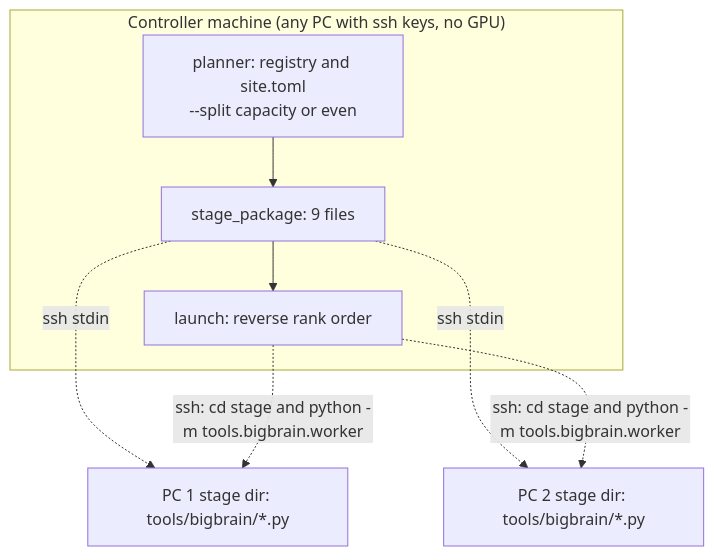
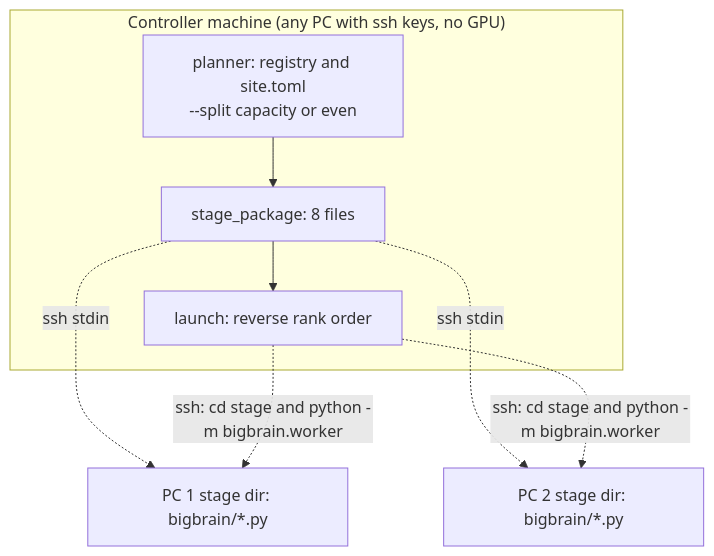
Before and after one commit to dadbodnerd/bigbrain: the second of 2 diagrams in ARCHITECTURE.md, drawn with Mermaid. The commit also changed other lines of this file and 58 other files, not shown here.

First line of the commit message:
bigbrain v0.2.0: pip-installable package (src/bigbrain, console scripts, extras)

````diff
--- a/ARCHITECTURE.md
+++ b/ARCHITECTURE.md
@@ -41,13 +41,13 @@
 ```mermaid
 flowchart TB
     subgraph CTL ["Controller machine (any PC with ssh keys, no GPU)"]
         P["planner: registry and site.toml<br/>--split capacity or even"]
-        S["stage_package: 9 files"]
+        S["stage_package: 8 files"]
         L["launch: reverse rank order"]
         P --> S --> L
     end
-    S -.->|ssh stdin| D1["PC 1 stage dir: tools/bigbrain/*.py"]
-    S -.->|ssh stdin| D2["PC 2 stage dir: tools/bigbrain/*.py"]
-    L -.->|ssh: cd stage and python -m tools.bigbrain.worker| D1
-    L -.->|ssh: cd stage and python -m tools.bigbrain.worker| D2
+    S -.->|ssh stdin| D1["PC 1 stage dir: bigbrain/*.py"]
+    S -.->|ssh stdin| D2["PC 2 stage dir: bigbrain/*.py"]
+    L -.->|ssh: cd stage and python -m bigbrain.worker| D1
+    L -.->|ssh: cd stage and python -m bigbrain.worker| D2
 ```
````
